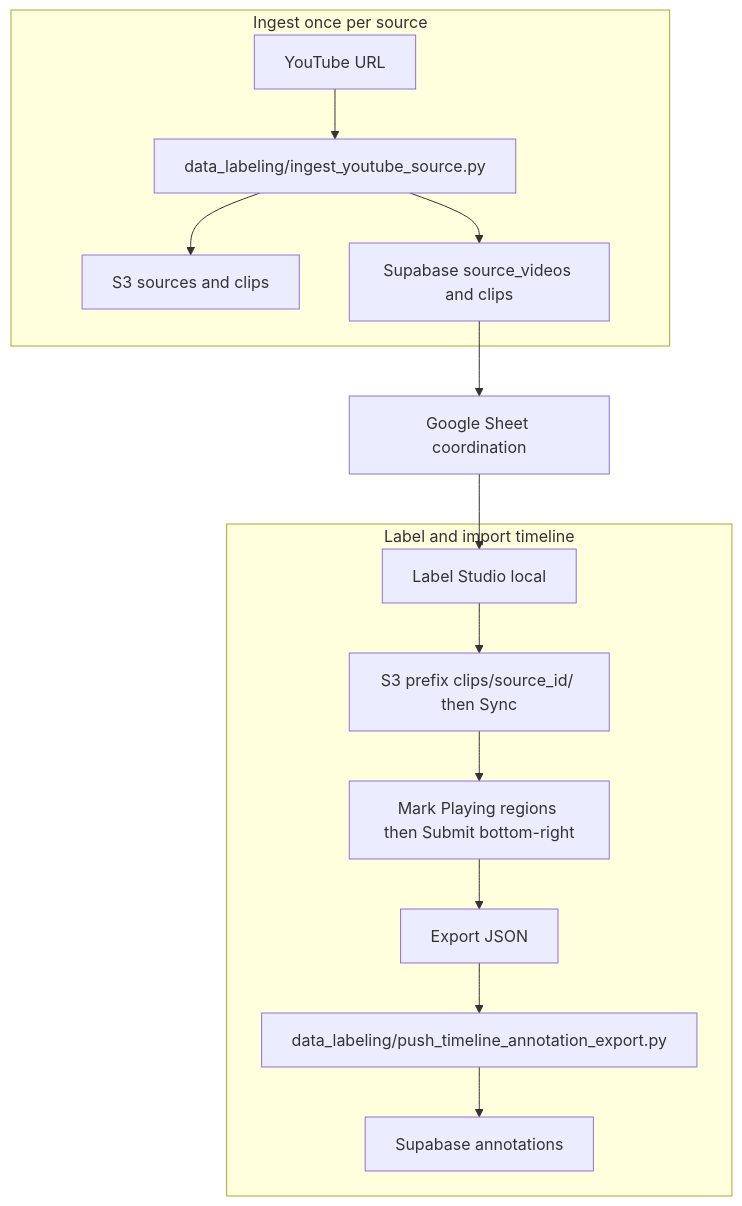
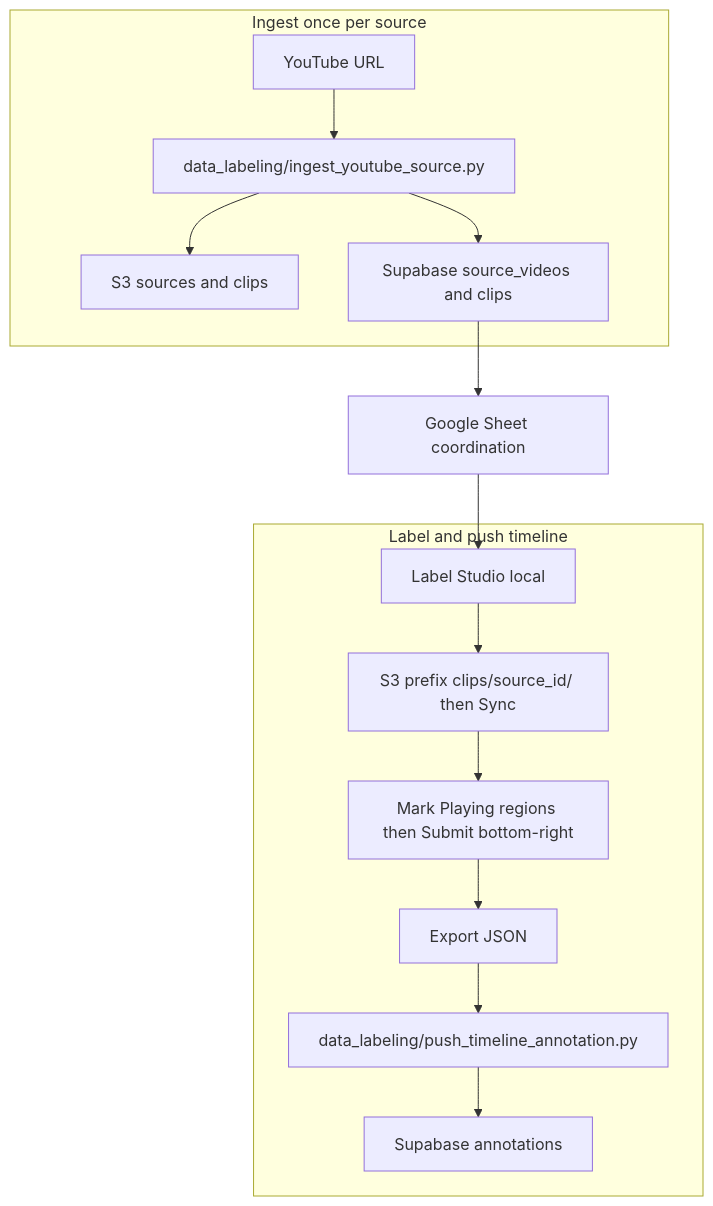
The diagram in docs/annotation_process/workflow_overview.md (sjrand96/sports-footage-autotrim), drawn with Mermaid before and after one commit. The commit also changed other lines of this file and 13 other files, not shown here.

````diff
--- a/docs/annotation_process/workflow_overview.md
+++ b/docs/annotation_process/workflow_overview.md
@@ -26,29 +26,29 @@
 ```mermaid
 flowchart TD
   subgraph ingest [Ingest once per source]
     YT[YouTube URL]
     PREP[data_labeling/ingest_youtube_source.py]
     YT --> PREP
     PREP --> S3[S3 sources and clips]
     PREP --> SB1[Supabase source_videos and clips]
   end
 
   SH[Google Sheet coordination]
 
-  subgraph label [Label and import timeline]
+  subgraph label [Label and push timeline]
     LS[Label Studio local]
     SYNC["S3 prefix clips/source_id/ then Sync"]
     ANN["Mark Playing regions then Submit bottom-right"]
     EXP[Export JSON]
-    IMPORT[data_labeling/push_timeline_annotation_export.py]
+    PUSH[data_labeling/push_timeline_annotation.py]
     SB2[Supabase annotations]
     LS --> SYNC
     SYNC --> ANN
     ANN --> EXP
-    EXP --> IMPORT
-    IMPORT --> SB2
+    EXP --> PUSH
+    PUSH --> SB2
   end
 
   SB1 --> SH
   SH --> LS
 ```
````
